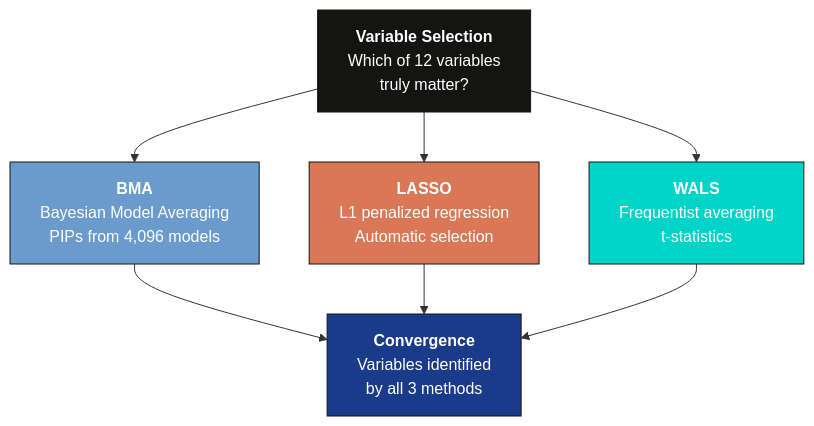
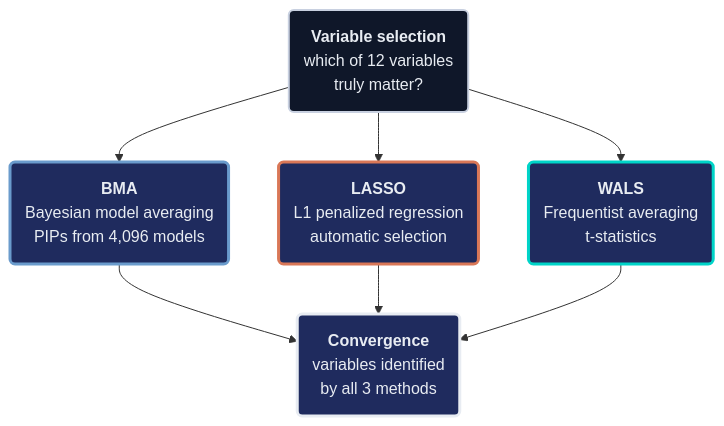
Before and after one commit to cmg777/starter-academic-v501: the diagram in content/post/r_bma_lasso_wals/tutorial.qmd, drawn with Mermaid. The commit also changed other lines of this file and 42 other files, not shown here.

First line of the commit message:
content(mermaid): restyle Mermaid copies in tutorial sources and the LaLonde slide deck

````diff
--- a/content/post/r_bma_lasso_wals/tutorial.qmd
+++ b/content/post/r_bma_lasso_wals/tutorial.qmd
@@ -31,16 +31,20 @@
 ```{mermaid}
 graph TD
-    Q["<b>Variable Selection</b><br/>Which of 12 variables<br/>truly matter?"] --> BMA
+    Q("<b>Variable selection</b><br/>which of 12 variables<br/>truly matter?") --> BMA
     Q --> LASSO
     Q --> WALS
 
-    BMA["<b>BMA</b><br/>Bayesian Model Averaging<br/>PIPs from 4,096 models"] --> R["<b>Convergence</b><br/>Variables identified<br/>by all 3 methods"]
-    LASSO["<b>LASSO</b><br/>L1 penalized regression<br/>Automatic selection"] --> R
-    WALS["<b>WALS</b><br/>Frequentist averaging<br/>t-statistics"] --> R
-
-    style Q fill:#141413,stroke:#141413,color:#fff
-    style BMA fill:#6a9bcc,stroke:#141413,color:#fff
-    style LASSO fill:#d97757,stroke:#141413,color:#fff
-    style WALS fill:#00d4c8,stroke:#141413,color:#fff
-    style R fill:#1a3a8a,stroke:#141413,color:#fff
+    BMA("<b>BMA</b><br/>Bayesian model averaging<br/>PIPs from 4,096 models") --> R("<b>Convergence</b><br/>variables identified<br/>by all 3 methods")
+    LASSO("<b>LASSO</b><br/>L1 penalized regression<br/>automatic selection") --> R
+    WALS("<b>WALS</b><br/>Frequentist averaging<br/>t-statistics") --> R
+    classDef anchor fill:#0f1729,stroke:#c8d0e0,stroke-width:2px,color:#e8ecf2
+    classDef blue fill:#1f2b5e,stroke:#6a9bcc,stroke-width:3px,color:#e8ecf2
+    classDef key fill:#1f2b5e,stroke:#e8ecf2,stroke-width:3px,color:#e8ecf2
+    classDef orange fill:#1f2b5e,stroke:#d97757,stroke-width:3px,color:#e8ecf2
+    classDef teal fill:#1f2b5e,stroke:#00d4c8,stroke-width:3px,color:#e8ecf2
+    class Q anchor
+    class BMA blue
+    class R key
+    class LASSO orange
+    class WALS teal
 ```
````
